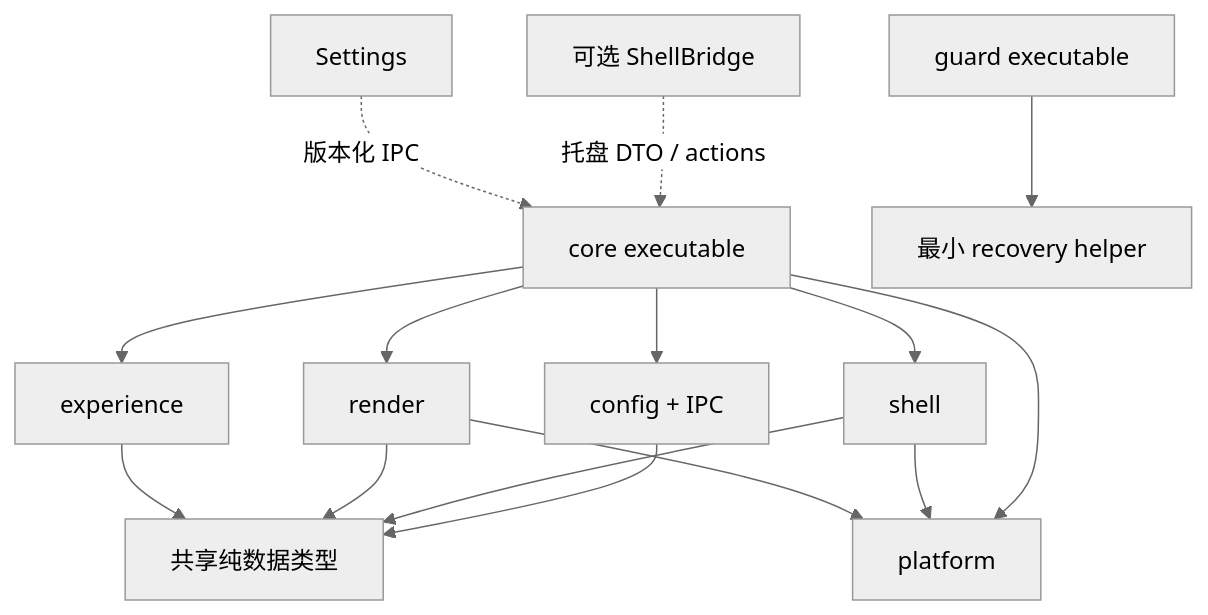
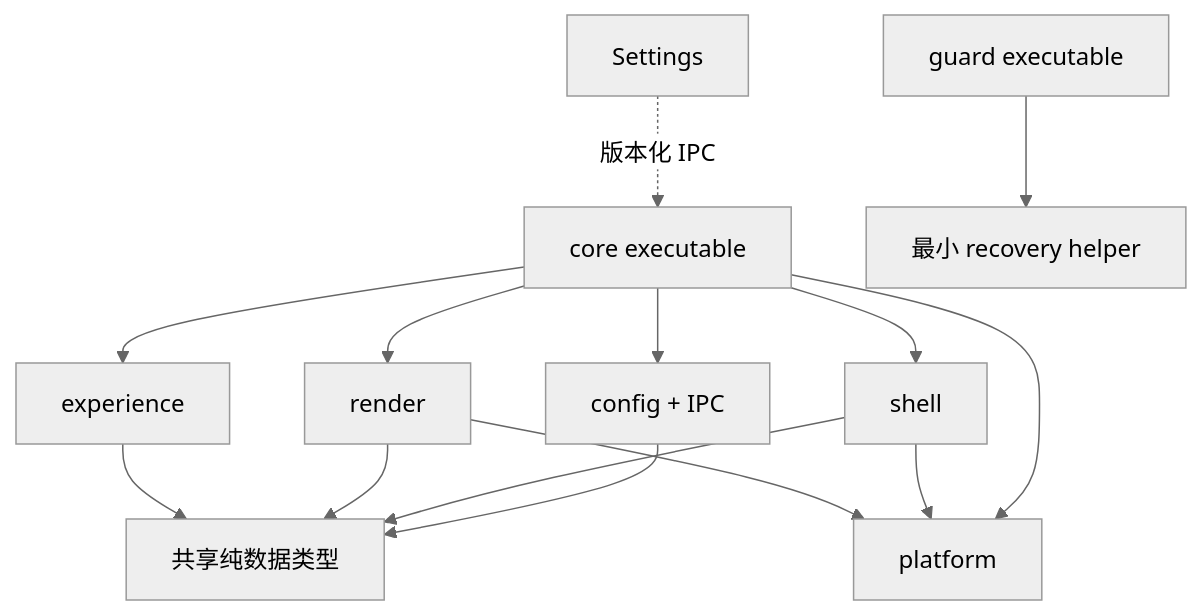
One commit to Anshar2184/atrium-desktop changed the diagram in docs/PROJECT-STRUCTURE.md. Above: the diagram before and after it, drawn with Mermaid (neutral theme). The commit also changed other lines of this file and 48 other files, not shown here.

````diff
--- a/docs/PROJECT-STRUCTURE.md
+++ b/docs/PROJECT-STRUCTURE.md
@@ -56,17 +51,16 @@
 ```mermaid
 flowchart TD
     Core[core executable] --> Experience[experience]
     Core --> Render[render]
     Core --> Shell[shell]
     Core --> Config[config + IPC]
     Experience --> Model[共享纯数据类型]
     Render --> Model
     Shell --> Model
     Config --> Model
     Render --> Platform[platform]
     Shell --> Platform
     Core --> Platform
     Guard[guard executable] --> Recovery[最小 recovery helper]
     Settings[Settings] -.版本化 IPC.-> Core
-    Bridge[可选 ShellBridge] -.托盘 DTO / actions.-> Core
 ```
````
